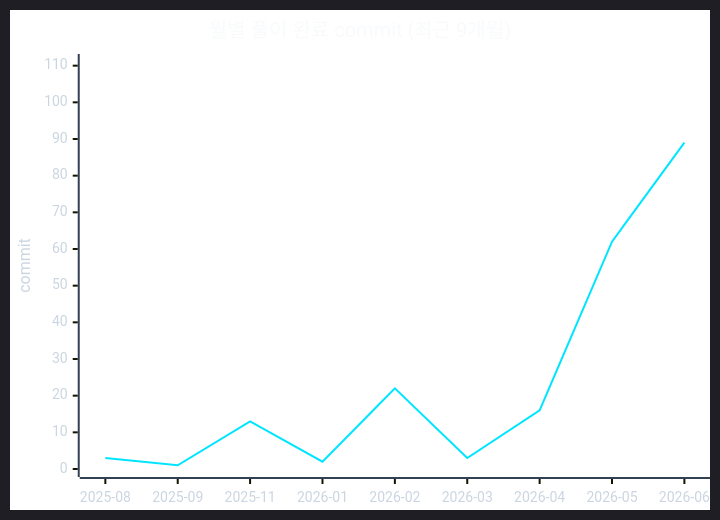
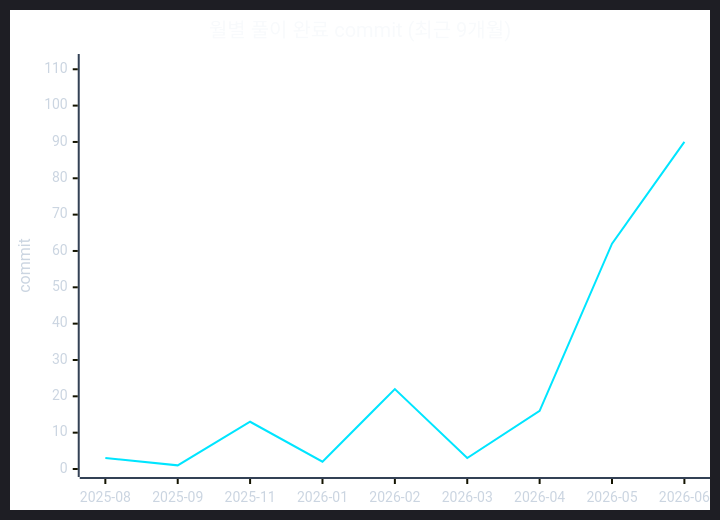
One commit to CHOOSLA/Algorithm changed the second of 2 diagrams in readme.md. Above: the diagram before and after it, drawn with Mermaid. The commit also changed other lines of this file and 2 other files, not shown here.

````diff
--- a/readme.md
+++ b/readme.md
@@ -71,22 +71,22 @@
 ```mermaid
 ---
 config:
   theme: dark
   themeVariables:
     background: '#0d1117'
     xyChart:
       titleColor: '#f8fafc'
       xAxisLabelColor: '#cbd5e1'
       xAxisTitleColor: '#cbd5e1'
       xAxisLineColor: '#334155'
       yAxisLabelColor: '#cbd5e1'
       yAxisTitleColor: '#cbd5e1'
       yAxisLineColor: '#334155'
       plotColorPalette: '#00e5ff'
 ---
 xychart-beta
   title "월별 풀이 완료 commit (최근 9개월)"
   x-axis ["2025-08", "2025-09", "2025-11", "2026-01", "2026-02", "2026-03", "2026-04", "2026-05", "2026-06"]
-  y-axis "commit" 0 --> 111
-  line [3, 1, 13, 2, 22, 3, 16, 62, 89]
+  y-axis "commit" 0 --> 112
+  line [3, 1, 13, 2, 22, 3, 16, 62, 90]
 ```
````
